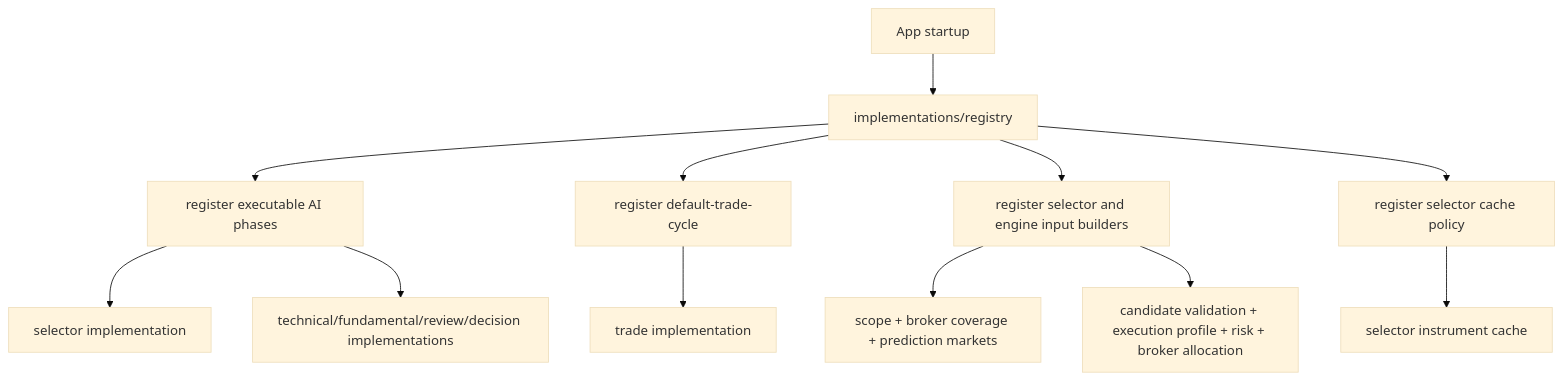
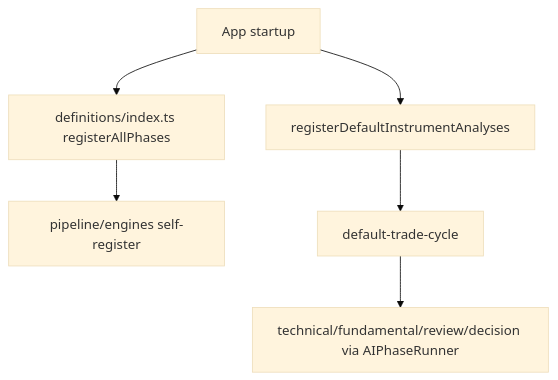
One commit to KennethAtchon/Exva changed the diagram in electron/main/services/pipeline/implementations/README.md. Above: the diagram before and after it, drawn with Mermaid (base theme). The commit also changed other lines of this file and 58 other files, not shown here.

First line of the commit message:
Refactor pipeline architecture and enhance phase definitions

````diff
--- a/electron/main/services/pipeline/implementations/README.md
+++ b/electron/main/services/pipeline/implementations/README.md
@@ -18,14 +15,8 @@
 ```mermaid
 flowchart TD
-    Startup[App startup] --> Register[implementations/registry]
-    Register --> Phases[register executable AI phases]
-    Register --> Analyses[register default-trade-cycle]
-    Register --> Inputs[register selector and engine input builders]
-    Register --> Cache[register selector cache policy]
-    Phases --> Selector[selector implementation]
-    Phases --> TradePhases[technical/fundamental/review/decision implementations]
-    Analyses --> TradeAnalysis[trade implementation]
-    Inputs --> SelectorInputs[scope + broker coverage + prediction markets]
-    Inputs --> EngineInputs[candidate validation + execution profile + risk + broker allocation]
-    Cache --> SelectorCache[selector instrument cache]
+    Startup[App startup] --> RegisterAnalyses[registerDefaultInstrumentAnalyses]
+    Startup --> RegisterPhases[definitions/index.ts registerAllPhases]
+    RegisterPhases --> Engines[pipeline/engines self-register]
+    RegisterAnalyses --> TradeAnalysis[default-trade-cycle]
+    TradeAnalysis --> Phases[technical/fundamental/review/decision via AIPhaseRunner]
 ```
````
